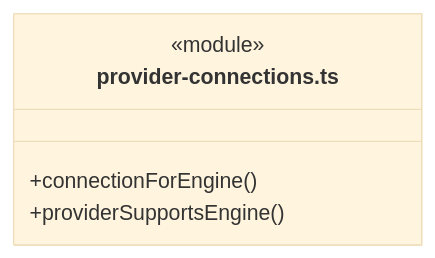
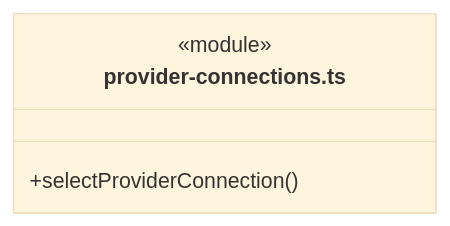
The fourth of 5 diagrams in src/logic/models/ARCHITECTURE.md (nan023062/cbim), drawn with Mermaid (base theme) before and after one commit. The commit also changed other lines of this file and 131 other files, not shown here.

````diff
--- a/src/logic/models/ARCHITECTURE.md
+++ b/src/logic/models/ARCHITECTURE.md
@@ -107,8 +84,7 @@
 ```mermaid
 classDiagram
 class N_src_logic_models_provider_connections_ts["provider-connections.ts"] {
   <<module>>
-  +connectionForEngine()
-  +providerSupportsEngine()
+  +selectProviderConnection()
 }
 ```
````
